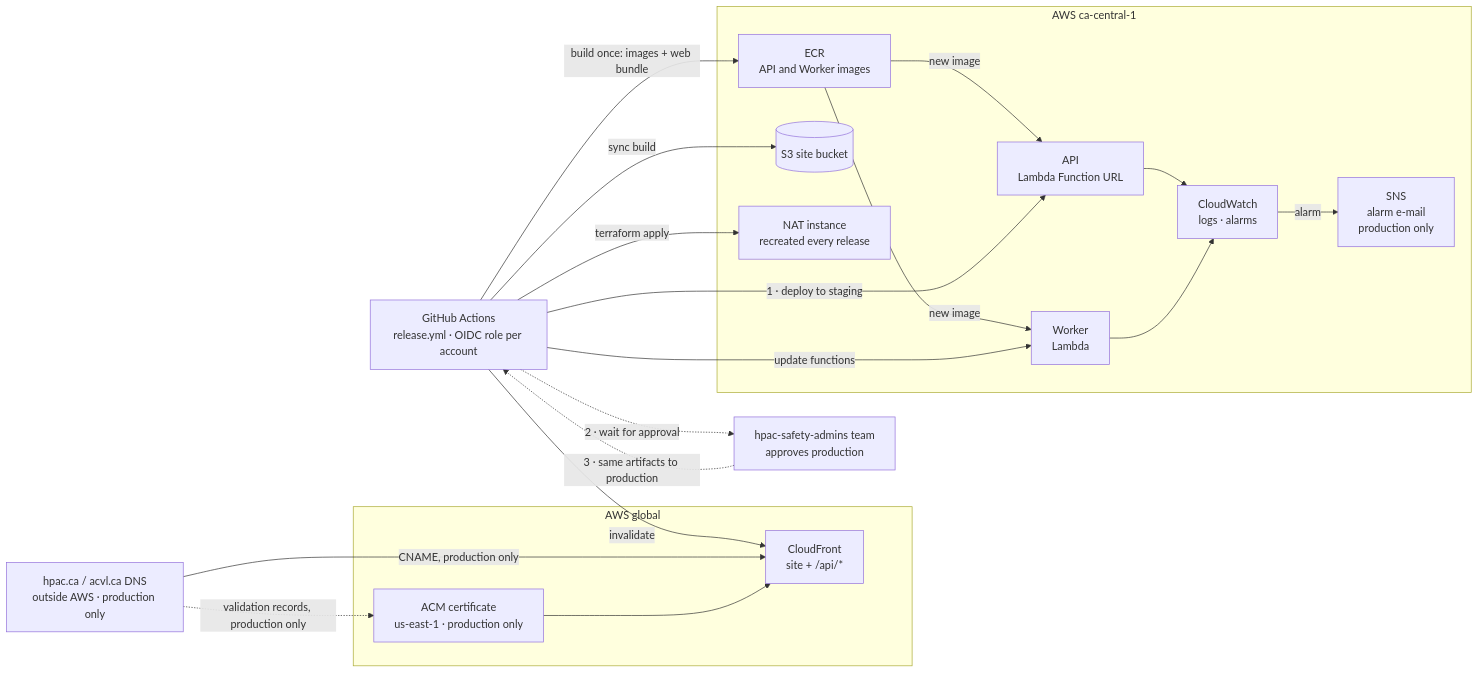
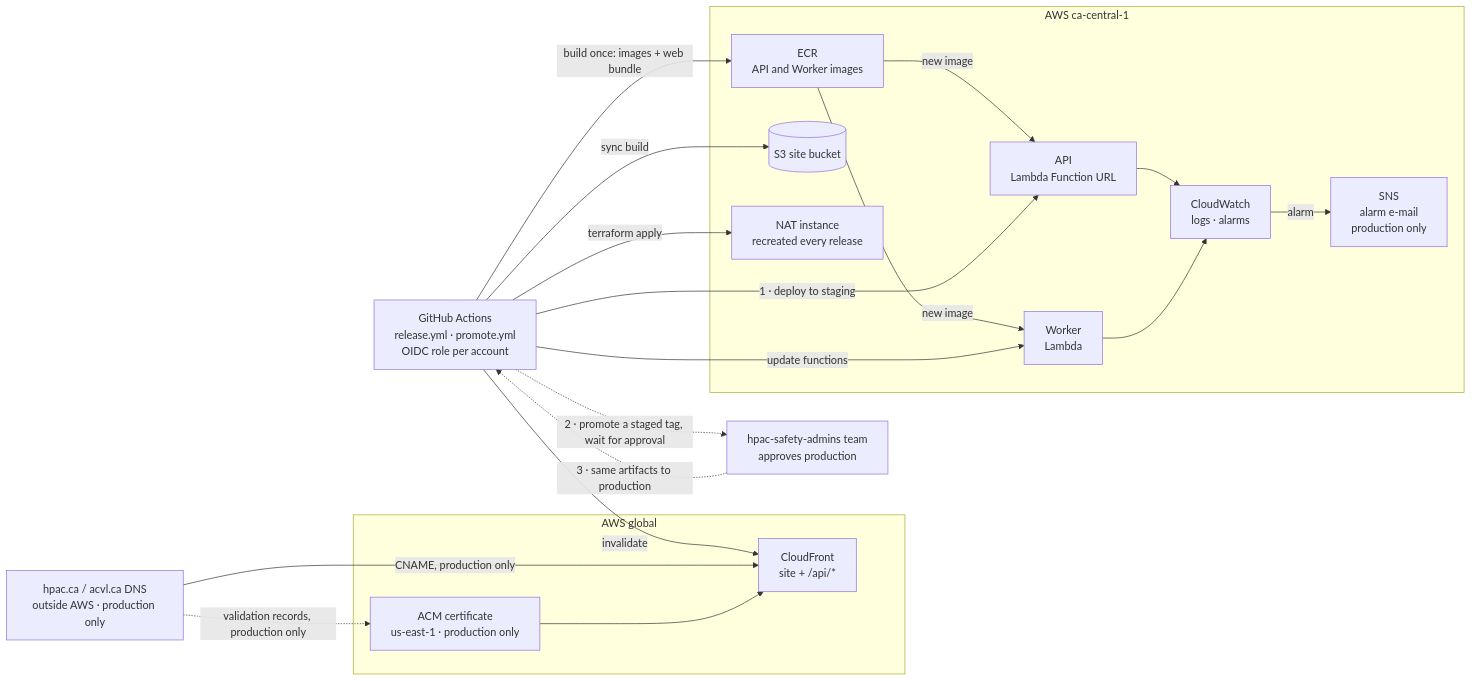
The third of 3 diagrams in docs/infrastructure-and-operations.md (HPAC-Safety/safety-report), drawn with Mermaid before and after one commit. The commit also changed other lines of this file and 12 other files, not shown here.

First line of the commit message:
Release deploys staging only; promote.yml sends a staged tag to production (#611)

````diff
--- a/docs/infrastructure-and-operations.md
+++ b/docs/infrastructure-and-operations.md
@@ -113,38 +113,38 @@
 ```mermaid
 flowchart LR
-    gha["GitHub Actions<br/>release.yml · OIDC role per account"]
+    gha["GitHub Actions<br/>release.yml · promote.yml<br/>OIDC role per account"]
     dns["hpac.ca / acvl.ca DNS<br/>outside AWS · production only"]
     admins["hpac-safety-admins team<br/>approves production"]
 
     subgraph global["AWS global"]
         cf["CloudFront<br/>site + /api/*"]
         acmglobal["ACM certificate<br/>us-east-1 · production only"]
     end
 
     subgraph region["AWS ca-central-1"]
         ecr["ECR<br/>API and Worker images"]
         api["API<br/>Lambda Function URL"]
         worker["Worker<br/>Lambda"]
         site[("S3 site bucket")]
         watch["CloudWatch<br/>logs · alarms"]
         sns["SNS<br/>alarm e-mail<br/>production only"]
         nat["NAT instance<br/>recreated every release"]
     end
 
     gha -->|"build once: images + web bundle"| ecr
     ecr -->|"new image"| api
     ecr -->|"new image"| worker
     gha -->|"1 · deploy to staging"| api
     gha -->|"terraform apply"| nat
     gha -->|"update functions"| worker
     gha -->|"sync build"| site
     gha -->|"invalidate"| cf
-    gha -.->|"2 · wait for approval"| admins
+    gha -.->|"2 · promote a staged tag, wait for approval"| admins
     admins -.->|"3 · same artifacts to production"| gha
     dns -->|"CNAME, production only"| cf
     dns -.->|"validation records, production only"| acmglobal
     acmglobal --> cf
     api --> watch
     worker --> watch
     watch -->|"alarm"| sns
 ```
````
